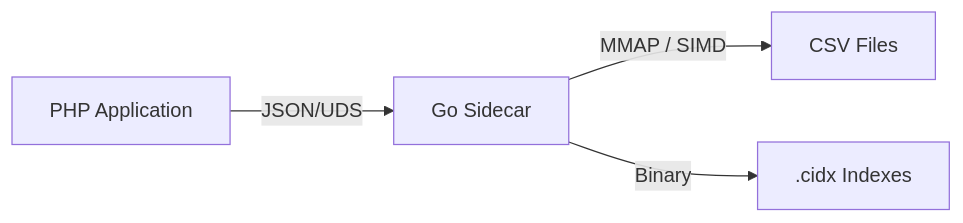
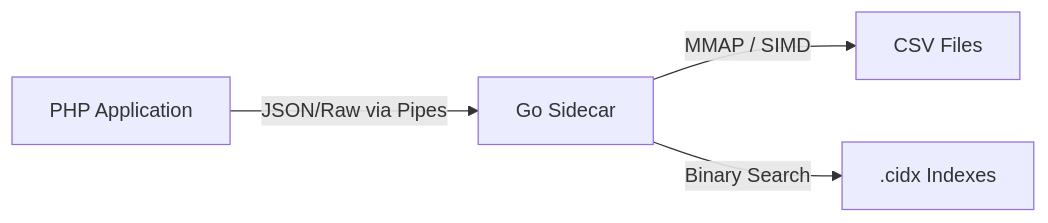
Before and after one commit to iamhimansu/csvquery: the diagram in docs/ARCHITECTURE.md, drawn with Mermaid. The commit also changed other lines of this file, not shown here.

Commit message:
docs: add detailed query lifecycle flow with numbered steps and update architecture description

````diff
--- a/docs/ARCHITECTURE.md
+++ b/docs/ARCHITECTURE.md
@@ -9,6 +9,6 @@
 ```mermaid
 graph LR
-    PHP[PHP Application] -- "JSON/UDS" --> Go[Go Sidecar]
+    PHP[PHP Application] -- "JSON/Raw via Pipes" --> Go[Go Sidecar]
     Go -- "MMAP / SIMD" --> CSV[CSV Files]
-    Go -- "Binary" --> IDX[.cidx Indexes]
+    Go -- "Binary Search" --> IDX[.cidx Indexes]
 ```
````
